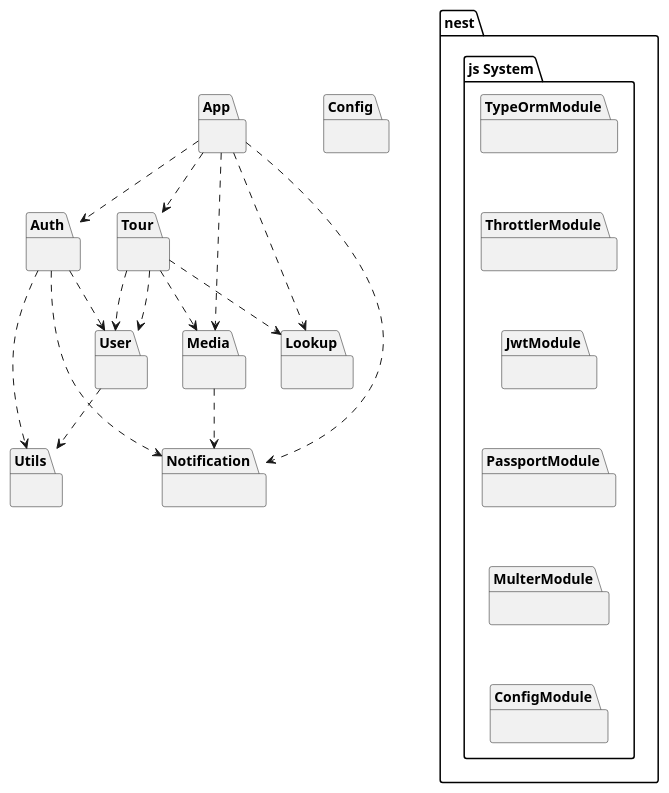
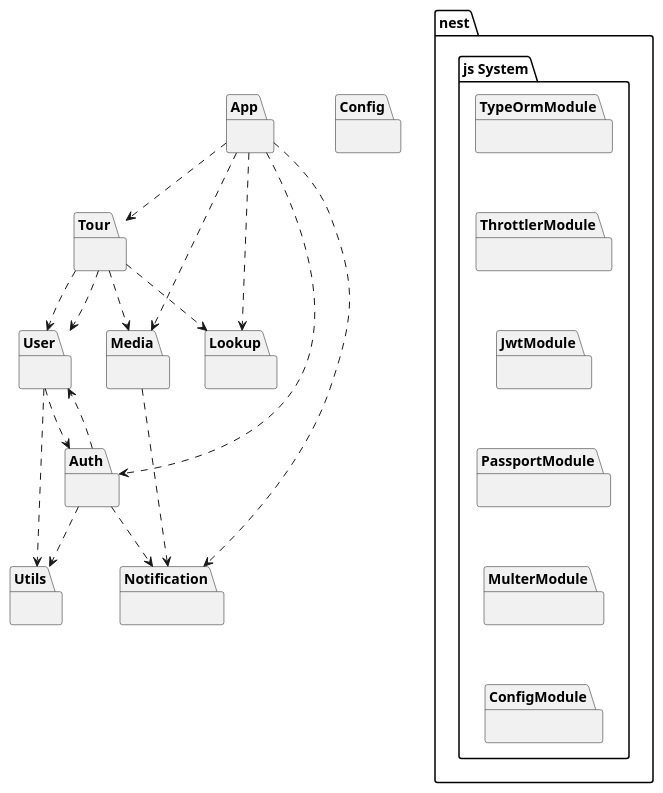
The first of 10 diagrams in docs/architecture/api.md (gipfeli-io/documentation), drawn with PlantUML before and after one commit. The commit also changed other lines of this file, not shown here.

````diff
--- a/docs/architecture/api.md
+++ b/docs/architecture/api.md
@@ -18,69 +18,70 @@
 ```plantuml Overall
 @startuml
 skinparam componentStyle rectangle
 
 package "Tour" {
 }
 
 package "User" {
 }
 
 package "Auth" {
 }
 
 package "Media" {
 }
 
 package "Lookup" {
 
 }
 
 package "Notification" {
 }
 
 package "App" {
 }
 
 package "Utils" {
 }
 
 package "Config" {
 }
 
 package "nest.js System" {
 package "TypeOrmModule" {
 }
 package "ThrottlerModule" {
 }
 package "JwtModule" {
 }
 package "PassportModule" {
 }
 package "MulterModule" {
 }
 package "ConfigModule" {
 }
 }
 
 TypeOrmModule .[hidden]d.> ThrottlerModule
 ThrottlerModule .[hidden]d.> JwtModule
 JwtModule .[hidden]d.> PassportModule
 PassportModule .[hidden]d.> MulterModule
 MulterModule .[hidden]d.> ConfigModule
 
 User ..> Utils
 Auth ..> Utils
 Auth ..> User
 App ..> Auth
 App ..> Tour
 App ..> Media
 App ..> Lookup
 App ..> Notification
 Auth ..> Notification
 Media ..> Notification
 Tour ..> User
 Tour ..> Media
 Tour ..> User
 Tour ..> Lookup
+User ..> Auth
 @enduml
 ```
````
